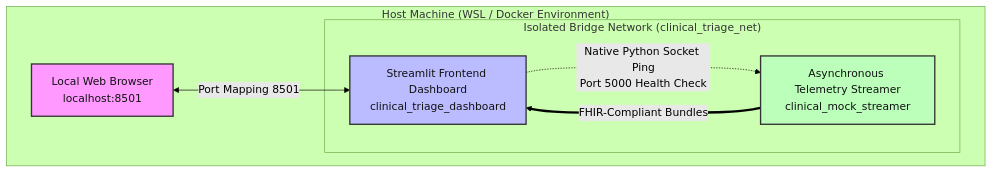
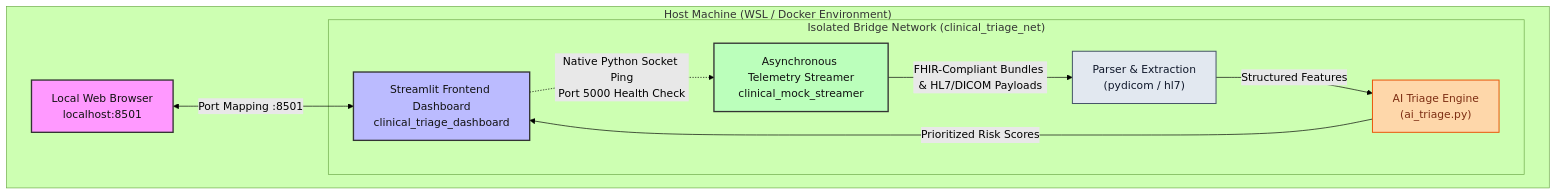
Before and after one commit to dammyoguntuyi-ui/Clinical-AI-Triage-Pipeline: the diagram in README.md, drawn with Mermaid (forest theme).

Commit message:
docs: enhance system architecture and data flow diagram

````diff
--- a/README.md
+++ b/README.md
@@ -37,18 +37,23 @@
 ```mermaid
 graph TD
-    subgraph "Host Machine (WSL / Docker Environment)"
-        Browser["Local Web Browser<br>localhost:8501"] <--> |"Port Mapping 8501"| Dashboard
+    subgraph Host["Host Machine (WSL / Docker Environment)"]
+        Browser["Local Web Browser<br/>localhost:8501"] <-->|"Port Mapping :8501"| Dashboard
         
-        subgraph "Isolated Bridge Network (clinical_triage_net)"
-            Dashboard["Streamlit Frontend Dashboard<br>clinical_triage_dashboard"]
-            Streamer["Asynchronous Telemetry Streamer<br>clinical_mock_streamer"]
+        subgraph Bridge["Isolated Bridge Network (clinical_triage_net)"]
+            Streamer["Asynchronous Telemetry Streamer<br/>clinical_mock_streamer"]
+            Dashboard["Streamlit Frontend Dashboard<br/>clinical_triage_dashboard"]
             
-            Dashboard -.-> |"Native Python Socket Ping<br>Port 5000 Health Check"| Streamer
-            Streamer ===> |"FHIR-Compliant Bundles"| Dashboard
+            Streamer -->|"FHIR-Compliant Bundles & HL7/DICOM Payloads"| Parser["Parser & Extraction<br/>(pydicom / hl7)"]
+            Parser -->|"Structured Features"| Engine["AI Triage Engine<br/>(ai_triage.py)"]
+            Engine -->|"Prioritized Risk Scores"| Dashboard
+            
+            Dashboard -.->|"Native Python Socket Ping<br/>Port 5000 Health Check"| Streamer
         end
     end
 
     style Browser fill:#f9f,stroke:#333,stroke-width:2px,color:#111
     style Dashboard fill:#bbf,stroke:#333,stroke-width:2px,color:#111
     style Streamer fill:#bfb,stroke:#333,stroke-width:2px,color:#111
+    style Parser fill:#e2e8f0,stroke:#475569,stroke-width:1.5px,color:#0f172a
+    style Engine fill:#fed7aa,stroke:#ea580c,stroke-width:1.5px,color:#7c2d12
 ```
````
